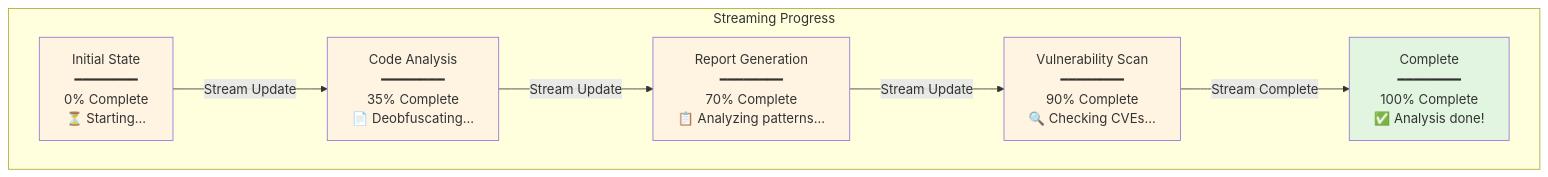
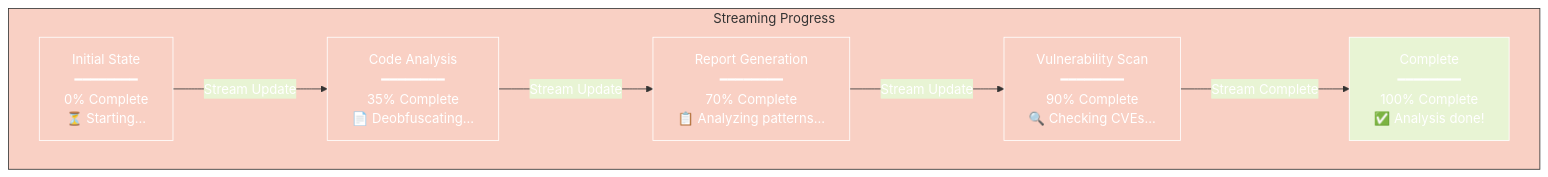
Before and after one commit to radicalkjax/Athena: the ninth of 12 diagrams in docs/components/ANALYSIS_RESULTS.md, drawn with Mermaid. The commit also changed other lines of this file and 27 other files, not shown here.

Commit message:
Introduction of expo package manager. Updated docs to reflect changes. Unified mermaid theme for docs.

````diff
--- a/docs/components/ANALYSIS_RESULTS.md
+++ b/docs/components/ANALYSIS_RESULTS.md
@@ -367,25 +535,46 @@
 ```mermaid
+%%{init: {
+  'theme': 'base',
+  'themeVariables': {
+    'primaryColor': '#6d105a',
+    'primaryTextColor': '#ffffff',
+    'primaryBorderColor': '#ffffff',
+    'lineColor': '#333333',
+    'secondaryColor': '#e8f4d4',
+    'secondaryTextColor': '#333333',
+    'secondaryBorderColor': '#333333',
+    'tertiaryColor': '#f9d0c4',
+    'tertiaryTextColor': '#333333',
+    'tertiaryBorderColor': '#333333',
+    'background': '#ffffff',
+    'mainBkg': '#6d105a',
+    'secondBkg': '#e8f4d4',
+    'tertiaryBkg': '#f9d0c4',
+    'textColor': '#333333',
+    'fontFamily': 'Arial, sans-serif'
+  }
+}}%%
 graph TD
     subgraph "Streaming Progress"
         A[Initial State<br/>━━━━━━━━<br/>0% Complete<br/>⏳ Starting...]
         
         B[Code Analysis<br/>━━━━━━━━<br/>35% Complete<br/>📄 Deobfuscating...]
         
         C[Report Generation<br/>━━━━━━━━<br/>70% Complete<br/>📋 Analyzing patterns...]
         
         D[Vulnerability Scan<br/>━━━━━━━━<br/>90% Complete<br/>🔍 Checking CVEs...]
         
         E[Complete<br/>━━━━━━━━<br/>100% Complete<br/>✅ Analysis done!]
     end
     
     A -->|Stream Update| B
     B -->|Stream Update| C
     C -->|Stream Update| D
     D -->|Stream Complete| E
     
-    style A fill:#fff4e1
-    style B fill:#fff4e1
-    style C fill:#fff4e1
-    style D fill:#fff4e1
-    style E fill:#e1f5e1
+    style A fill:#f9d0c4
+    style B fill:#f9d0c4
+    style C fill:#f9d0c4
+    style D fill:#f9d0c4
+    style E fill:#e8f4d4
 ```
````
